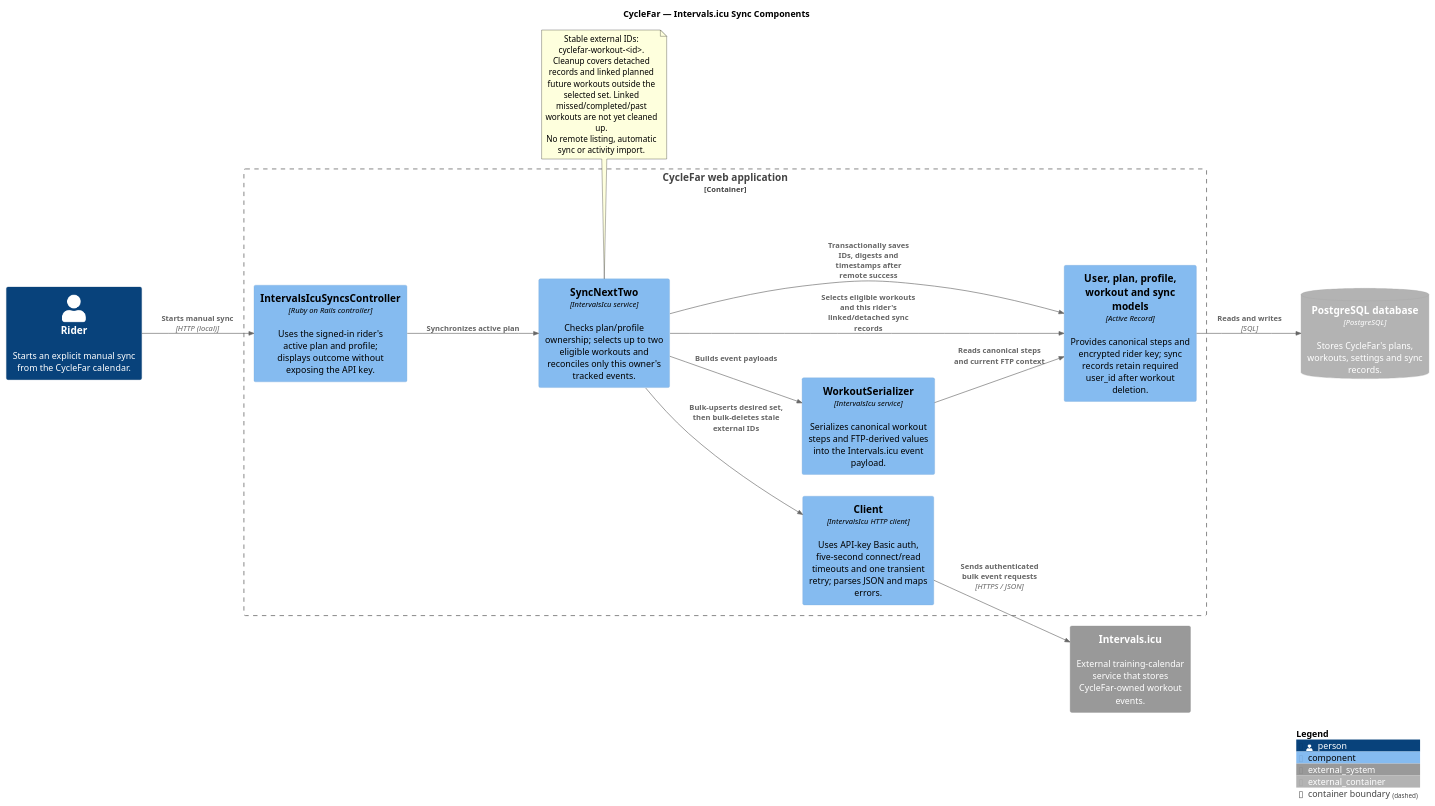
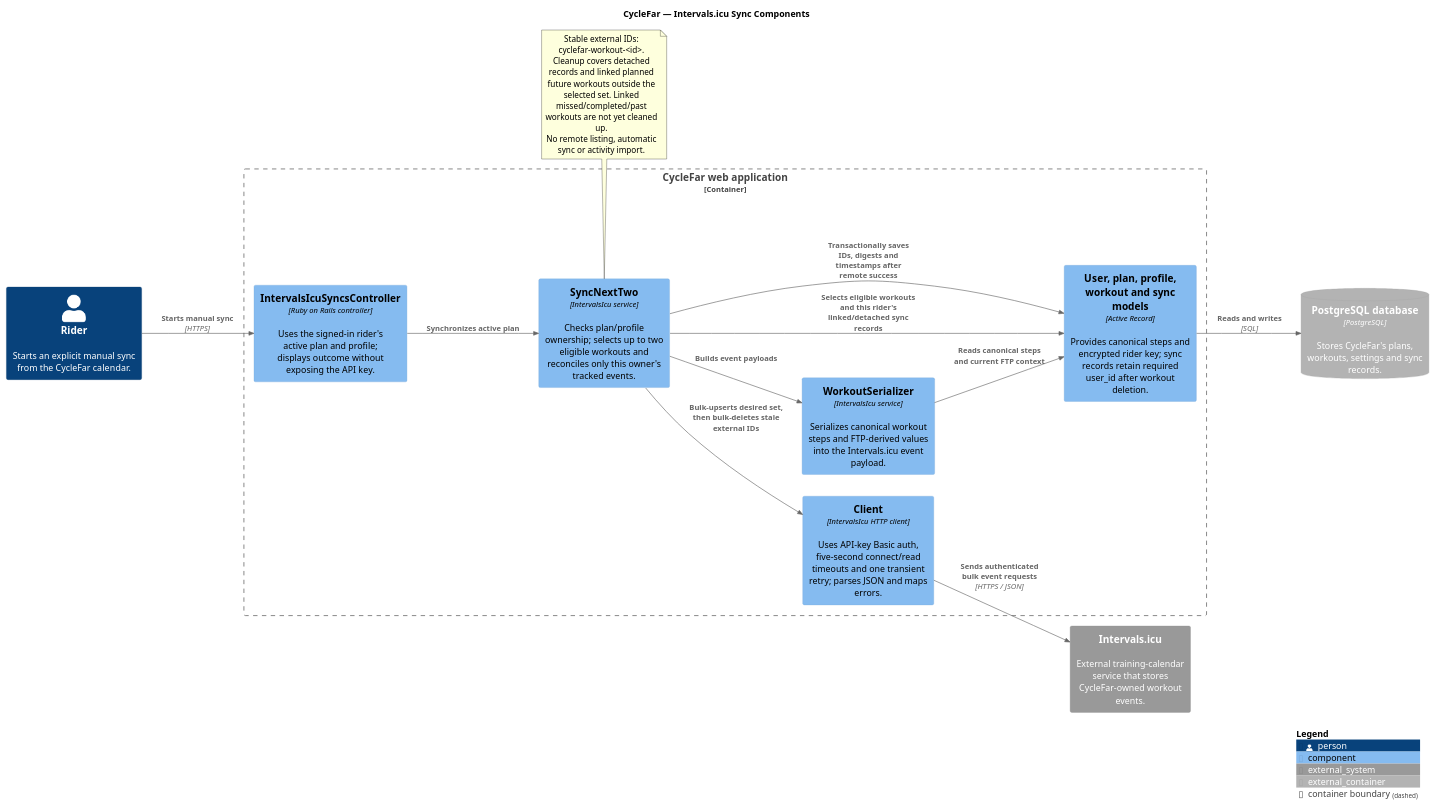
Before and after one commit to richardhartme/cyclefar: the diagram in docs/diagrams/cyclefar-intervals-icu-sync-components.puml, drawn with PlantUML. The commit also changed 9 other files, not shown here.

```diff
--- a/docs/diagrams/cyclefar-intervals-icu-sync-components.puml
+++ b/docs/diagrams/cyclefar-intervals-icu-sync-components.puml
@@ -1,40 +1,40 @@
 @startuml CycleFar Intervals ICU Sync Components
 ' Scope and limitations: README.md
 !include https://raw.githubusercontent.com/plantuml-stdlib/C4-PlantUML/master/C4_Component.puml
 
 title CycleFar — Intervals.icu Sync Components
 
 LAYOUT_LEFT_RIGHT()
 
 Person(rider, "Rider", "Starts an explicit manual sync from the CycleFar calendar.")
 System_Ext(intervals_icu, "Intervals.icu", "External training-calendar service that stores CycleFar-owned workout events.")
 ContainerDb_Ext(database, "PostgreSQL database", "PostgreSQL", "Stores CycleFar's plans, workouts, settings and sync records.")
 
 Container_Boundary(web_application, "CycleFar web application") {
   Component(controller, "IntervalsIcuSyncsController", "Ruby on Rails controller", "Uses the signed-in rider's active plan and profile; displays outcome without exposing the API key.")
   Component(sync, "SyncNextTwo", "IntervalsIcu service", "Checks plan/profile ownership; selects up to two eligible workouts and reconciles only this owner's tracked events.")
   Component(serializer, "WorkoutSerializer", "IntervalsIcu service", "Serializes canonical workout steps and FTP-derived values into the Intervals.icu event payload.")
   Component(client, "Client", "IntervalsIcu HTTP client", "Uses API-key Basic auth, five-second connect/read timeouts and one transient retry; parses JSON and maps errors.")
   Component(models, "User, plan, profile, workout and sync models", "Active Record", "Provides canonical steps and encrypted rider key; sync records retain required user_id after workout deletion.")
 }
 
-Rel(rider, controller, "Starts manual sync", "HTTP (local)")
+Rel(rider, controller, "Starts manual sync", "HTTPS")
 Rel(controller, sync, "Synchronizes active plan")
 Rel(sync, models, "Selects eligible workouts and this rider's linked/detached sync records")
 Rel(sync, serializer, "Builds event payloads")
 Rel(serializer, models, "Reads canonical steps and current FTP context")
 Rel(sync, client, "Bulk-upserts desired set, then bulk-deletes stale external IDs")
 Rel(client, intervals_icu, "Sends authenticated bulk event requests", "HTTPS / JSON")
 Rel(sync, models, "Transactionally saves IDs, digests and timestamps after remote success")
 Rel(models, database, "Reads and writes", "SQL")
 
 note bottom of sync
   Stable external IDs: cyclefar-workout-<id>.
   Cleanup covers detached records and linked planned
   future workouts outside the selected set. Linked
   missed/completed/past workouts are not yet cleaned up.
   No remote listing, automatic sync or activity import.
 end note
 
 SHOW_LEGEND()
 @enduml
```
